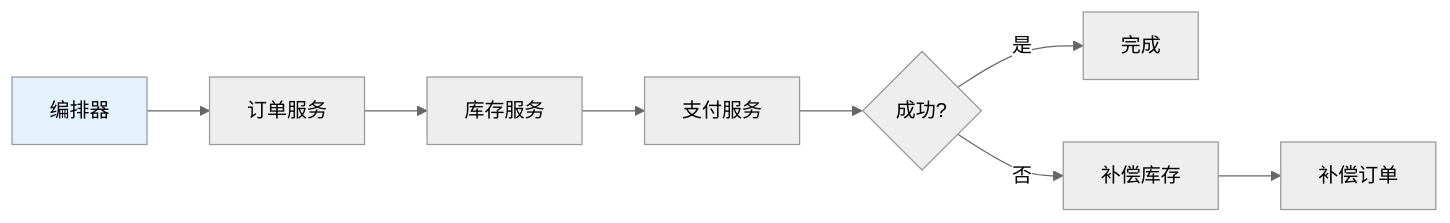
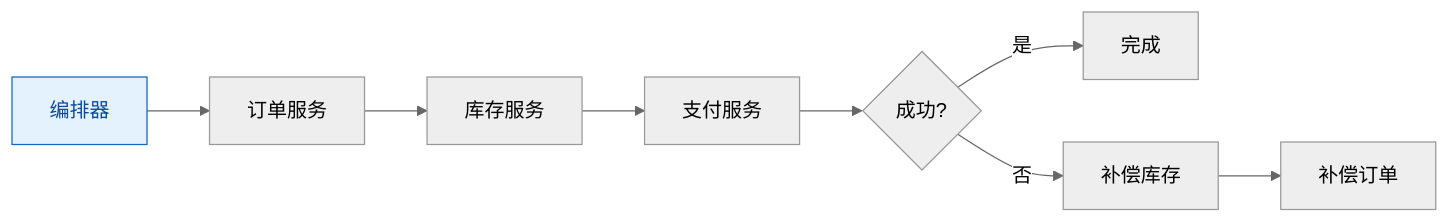
The sixth of 23 diagrams in _posts/2018-12-11-microservices-architecture.md (FreezeSoul/freezesoul.github.com), drawn with Mermaid (neutral theme) before and after one commit. The commit also changed other lines of this file and 9 other files, not shown here.

Commit message:
修正mermaid配色与要求

````diff
--- a/_posts/2018-12-11-microservices-architecture.md
+++ b/_posts/2018-12-11-microservices-architecture.md
@@ -333,13 +333,13 @@
 ```mermaid
 graph LR
     A[编排器] --> B[订单服务]
     B --> C[库存服务]
     C --> D[支付服务]
 
     D --> E{成功?}
     E -->|是| F[完成]
     E -->|否| G[补偿库存]
     G --> H[补偿订单]
 
-    style A fill:#e3f2fd
+    style A fill:#e3f2fd,stroke:#1565c0,color:#0d47a1
 ```
````
